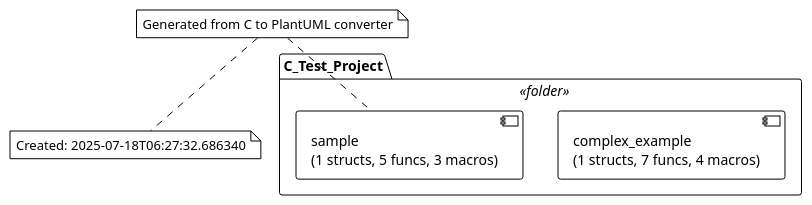
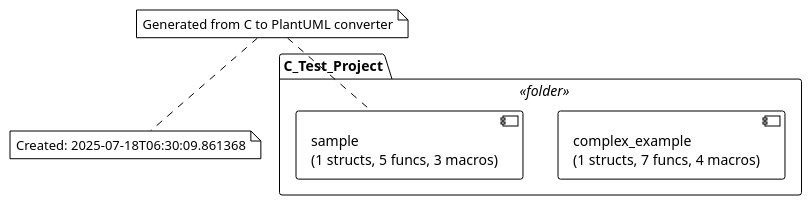
The diagram in test_plantuml_output/C_Test_Project_overview.puml (fischerjooo/c2puml), drawn with PlantUML before and after one commit. The commit also changed 3 other files, not shown here.

```diff
--- a/test_plantuml_output/C_Test_Project_overview.puml
+++ b/test_plantuml_output/C_Test_Project_overview.puml
@@ -1,14 +1,14 @@
 @startuml Project: C_Test_Project
 !theme plain
 
 package "C_Test_Project" <<folder>> {
 
   component "complex_example\n(1 structs, 7 funcs, 4 macros)" as COMPLEX_EXAMPLE_C
   component "sample\n(1 structs, 5 funcs, 3 macros)" as SAMPLE_C
 
 }
 
 note top : Generated from C to PlantUML converter
-note bottom : Created: 2025-07-18T06:27:32.686340
+note bottom : Created: 2025-07-18T06:30:09.861368
 
 @enduml
```
